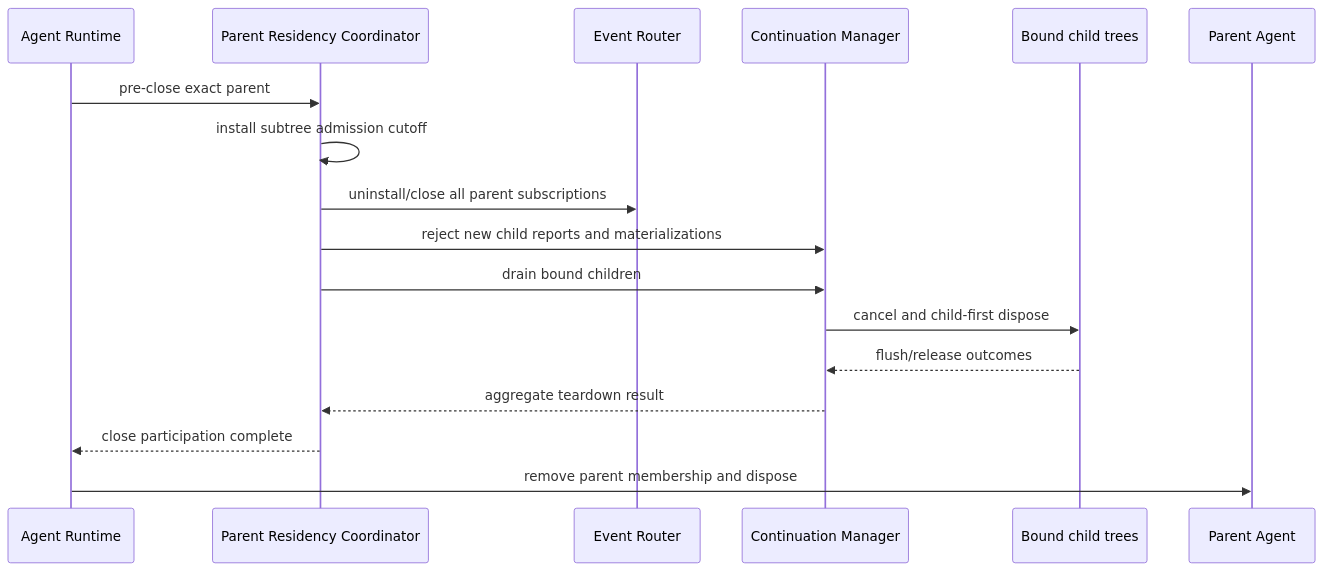
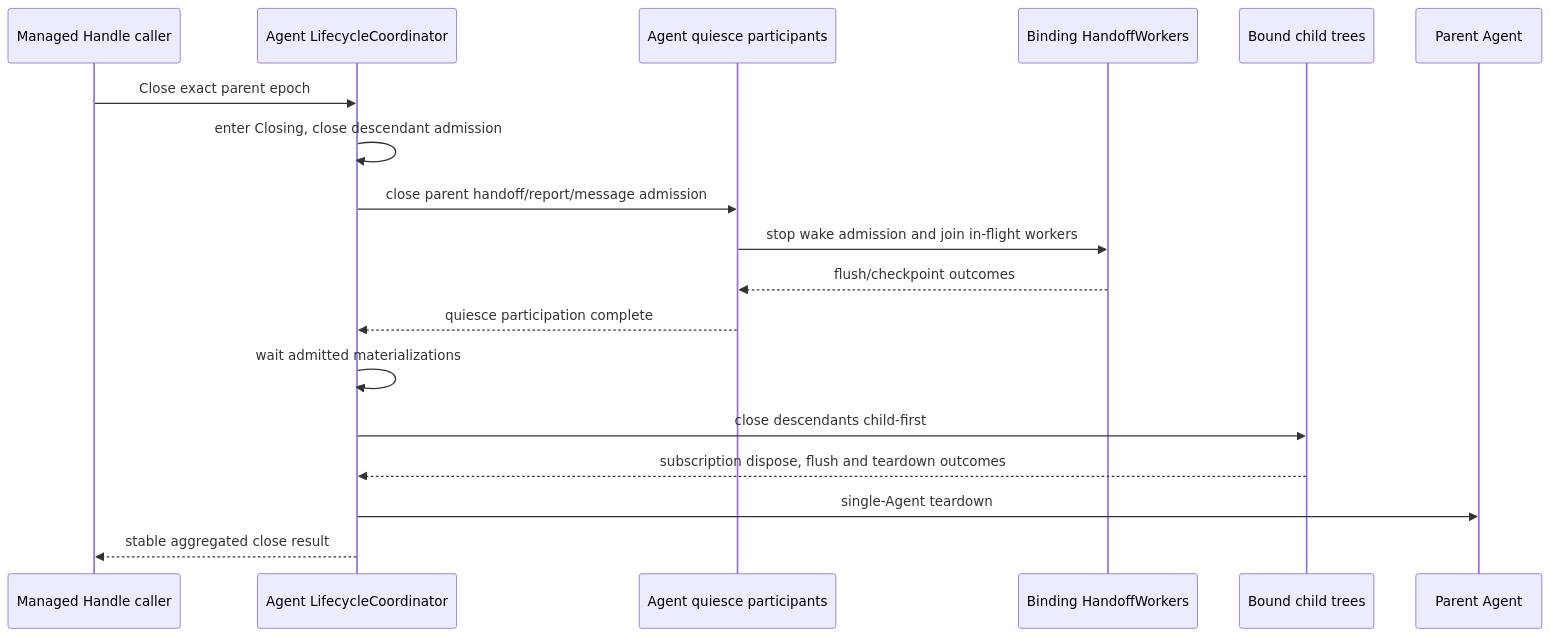
One commit to gorenx/goren changed the fifth of 5 diagrams in subagent/docs/parent-bound-design.zh-CN.md. Above: the diagram before and after it, drawn with Mermaid. The commit also changed other lines of this file and 14 other files, not shown here.

Commit message:
docs(agent): finalize lifecycle refactor design

````diff
--- a/subagent/docs/parent-bound-design.zh-CN.md
+++ b/subagent/docs/parent-bound-design.zh-CN.md
@@ -365,20 +403,21 @@
 ```mermaid
 sequenceDiagram
-    participant AR as Agent Runtime
-    participant C as Parent Residency Coordinator
-    participant R as Event Router
-    participant M as Continuation Manager
+    participant H as Managed Handle caller
+    participant LC as Agent LifecycleCoordinator
+    participant Q as Agent quiesce participants
+    participant W as Binding HandoffWorkers
     participant Ch as Bound child trees
     participant P as Parent Agent
 
-    AR->>C: pre-close exact parent
-    C->>C: install subtree admission cutoff
-    C->>R: uninstall/close all parent subscriptions
-    C->>M: reject new child reports and materializations
-    C->>M: drain bound children
-    M->>Ch: cancel and child-first dispose
-    Ch-->>M: flush/release outcomes
-    M-->>C: aggregate teardown result
-    C-->>AR: close participation complete
-    AR->>P: remove parent membership and dispose
+    H->>LC: Close exact parent epoch
+    LC->>LC: enter Closing, close descendant admission
+    LC->>Q: close parent handoff/report/message admission
+    Q->>W: stop wake admission and join in-flight workers
+    W-->>Q: flush/checkpoint outcomes
+    Q-->>LC: quiesce participation complete
+    LC->>LC: wait admitted materializations
+    LC->>Ch: close descendants child-first
+    Ch-->>LC: subscription dispose, flush and teardown outcomes
+    LC->>P: single-Agent teardown
+    LC-->>H: stable aggregated close result
 ```
````
